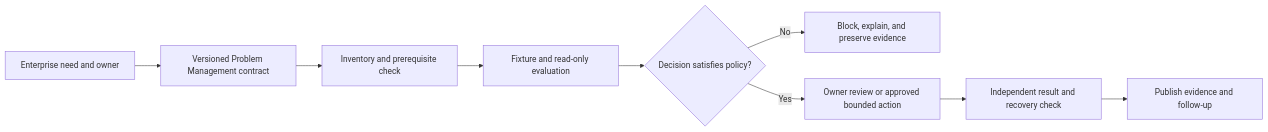
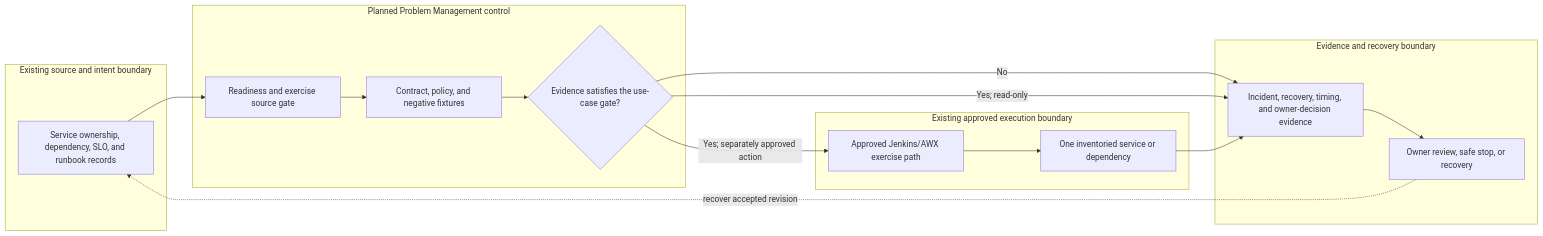
Before and after one commit to MIDHTECH/enterprise-architecture-docs: the diagram in docs/use-cases/resilience/UC-RSO-008-problem-management.md, drawn with Mermaid. The commit also changed other lines of this file and 227 other files, not shown here.

Commit message:
Deepen architecture for all use case designs

````diff
--- a/docs/use-cases/resilience/UC-RSO-008-problem-management.md
+++ b/docs/use-cases/resilience/UC-RSO-008-problem-management.md
@@ -136,11 +129,25 @@
 ```mermaid
 flowchart LR
-    Need["Enterprise need and owner"] --> Contract["Versioned Problem Management contract"]
-    Contract --> Preflight["Inventory and prerequisite check"]
-    Preflight --> Evaluate["Fixture and read-only evaluation"]
-    Evaluate --> Decision{"Decision satisfies policy?"}
-    Decision -->|No| Stop["Block, explain, and preserve evidence"]
-    Decision -->|Yes| Review["Owner review or approved bounded action"]
-    Review --> Verify["Independent result and recovery check"]
-    Verify --> Publish["Publish evidence and follow-up"]
+    subgraph Source["Existing source and intent boundary"]
+        A["Service ownership, dependency, SLO, and runbook records"]
+    end
+    subgraph Planned["Planned Problem Management control"]
+        B["Readiness and exercise source gate"]
+        C["Contract, policy, and negative fixtures"]
+        D{"Evidence satisfies the use-case gate?"}
+    end
+    subgraph Runtime["Existing approved execution boundary"]
+        E["Approved Jenkins/AWX exercise path"]
+        F["One inventoried service or dependency"]
+    end
+    subgraph Assurance["Evidence and recovery boundary"]
+        G["Incident, recovery, timing, and owner-decision evidence"]
+        H["Owner review, safe stop, or recovery"]
+    end
+
+    A --> B --> C --> D
+    D -->|No| G --> H
+    D -->|Yes; read-only| G
+    D -->|Yes; separately approved action| E --> F --> G
+    H -. recover accepted revision .-> A
 ```
````
